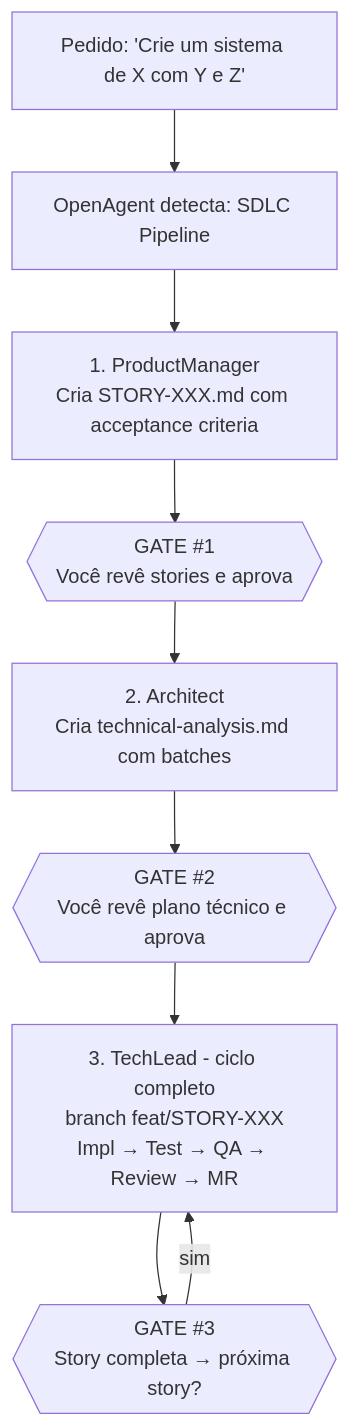
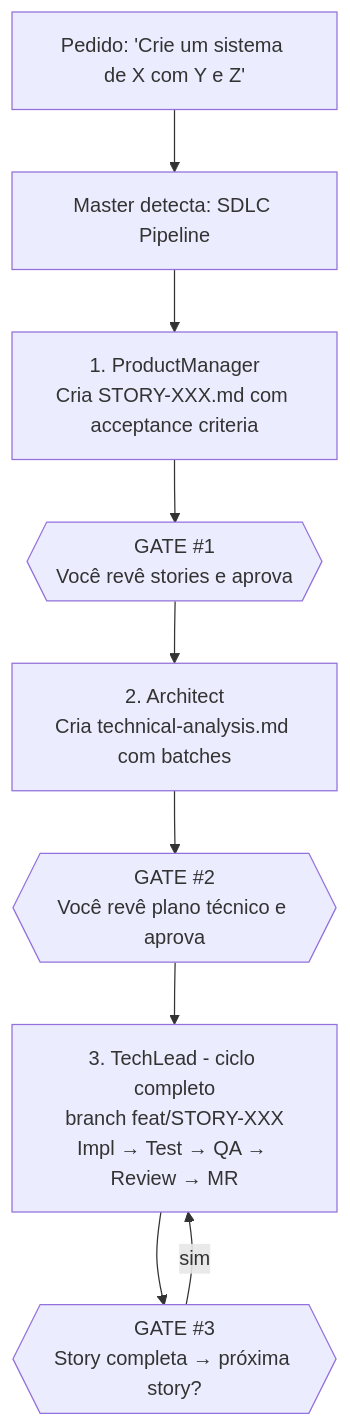
One commit to dgofreitas/opencode-workflow changed the sixth of 9 diagrams in USAGE_GUIDE.md. Above: the diagram before and after it, drawn with Mermaid. The commit also changed other lines of this file and 28 other files, not shown here.

````diff
--- a/USAGE_GUIDE.md
+++ b/USAGE_GUIDE.md
@@ -282,11 +258,11 @@
 ```mermaid
 graph TD
-    Start["Pedido: 'Crie um sistema de X com Y e Z'"] --> Detect["OpenAgent detecta: SDLC Pipeline"]
+    Start["Pedido: 'Crie um sistema de X com Y e Z'"] --> Detect["Master detecta: SDLC Pipeline"]
     Detect --> PM["1. ProductManager<br/>Cria STORY-XXX.md com acceptance criteria"]
     PM --> G1{{"GATE #1<br/>Você revê stories e aprova"}}
     G1 --> Arch["2. Architect<br/>Cria technical-analysis.md com batches"]
     Arch --> G2{{"GATE #2<br/>Você revê plano técnico e aprova"}}
     G2 --> TL["3. TechLead - ciclo completo<br/>branch feat/STORY-XXX<br/>Impl → Test → QA → Review → MR"]
     TL --> G3{{"GATE #3<br/>Story completa → próxima story?"}}
     G3 -->|"sim"| TL
 ```
````
